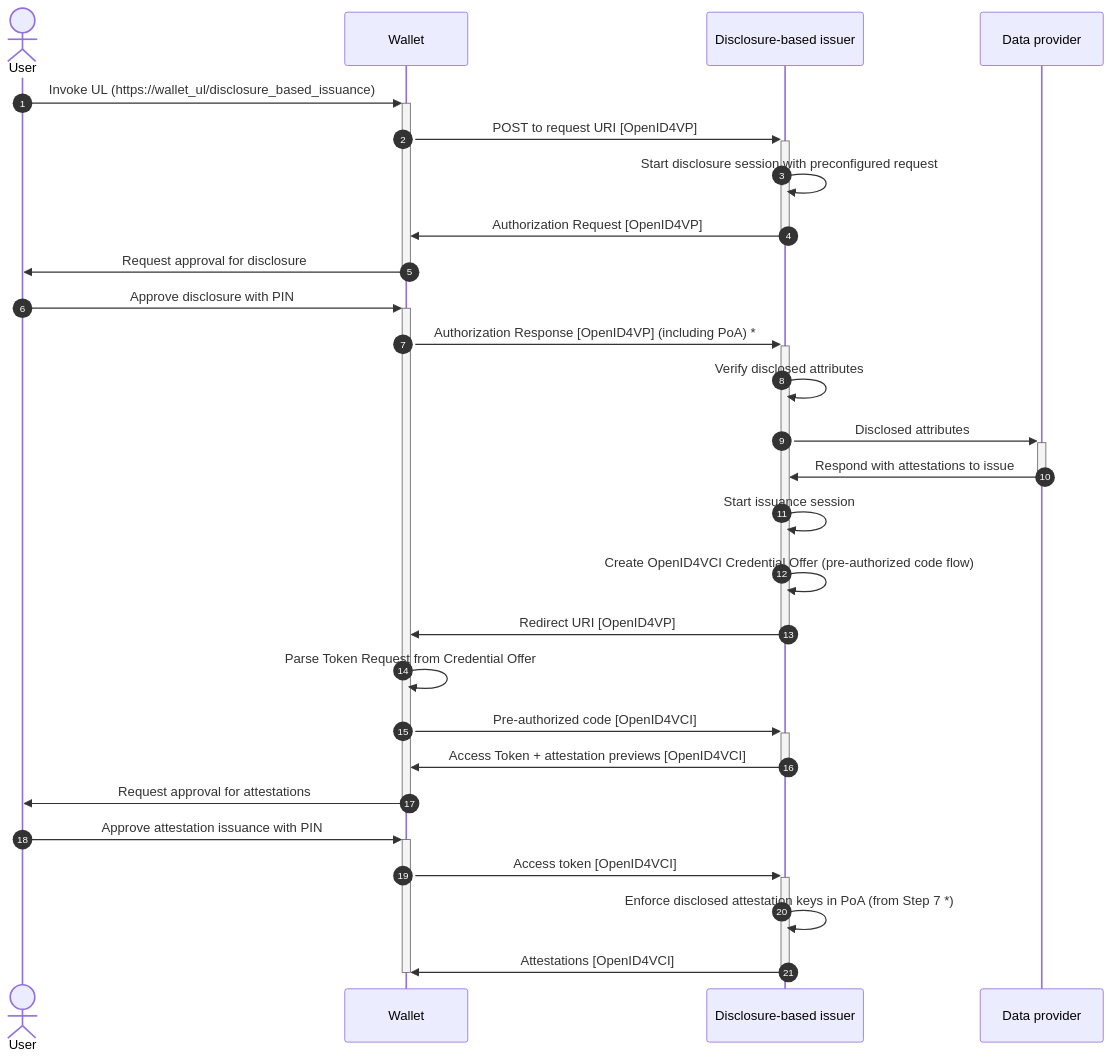
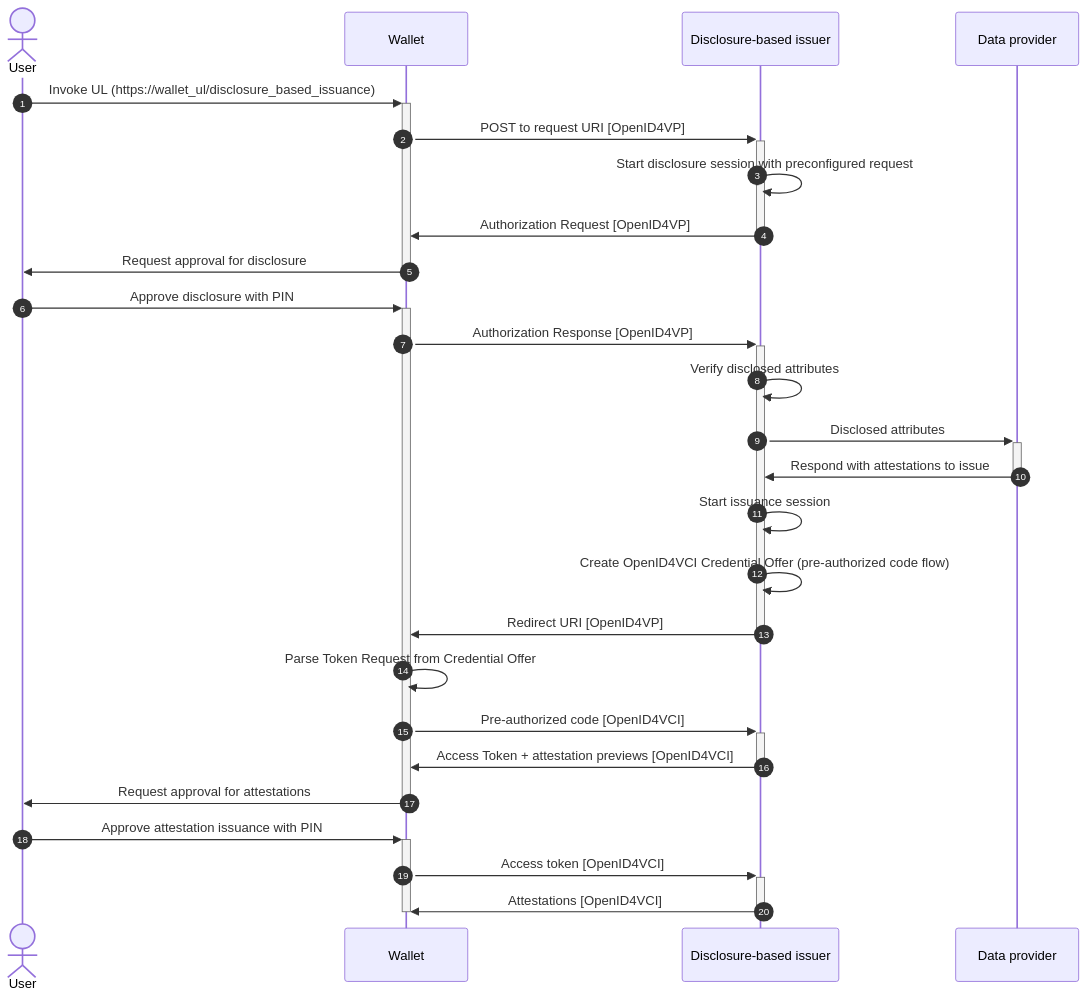
One commit to MinBZK/nl-wallet changed the diagram in wallet_docs/architecture/use-cases/disclosure-based-issuance.md. Above: the diagram before and after it, drawn with Mermaid. The commit also changed other lines of this file and 59 other files, not shown here.

````diff
--- a/wallet_docs/architecture/use-cases/disclosure-based-issuance.md
+++ b/wallet_docs/architecture/use-cases/disclosure-based-issuance.md
@@ -141,36 +131,35 @@
 ```{mermaid}
 sequenceDiagram
     autonumber
     actor User
     participant App as Wallet
     participant Issuer as Disclosure-based issuer
     participant IssuerDataProvider as Data provider
 
     User->>+App: Invoke UL (https://wallet_ul/disclosure_based_issuance)
     App->>+Issuer: POST to request URI [OpenID4VP]
     Issuer->>Issuer: Start disclosure session with preconfigured request
     Issuer->>-App: Authorization Request [OpenID4VP]
 
     App ->>-User: Request approval for disclosure
     User->>+ App: Approve disclosure with PIN
 
-    App->>+Issuer: Authorization Response [OpenID4VP] (including PoA) *
+    App->>+Issuer: Authorization Response [OpenID4VP]
     Issuer->>Issuer: Verify disclosed attributes
     Issuer->>+IssuerDataProvider: Disclosed attributes
     IssuerDataProvider->>-Issuer: Respond with attestations to issue
     Issuer->>Issuer: Start issuance session
     Issuer->>Issuer: Create OpenID4VCI Credential Offer (pre-authorized code flow)
     Issuer->>-App: Redirect URI [OpenID4VP]
 
     App->>App: Parse Token Request from Credential Offer
     App->>+Issuer: Pre-authorized code [OpenID4VCI]
     Issuer->>-App: Access Token + attestation previews [OpenID4VCI]
 
     App->>-User: Request approval for attestations
     User->>+App: Approve attestation issuance with PIN
 
     App->>+Issuer: Access token [OpenID4VCI]
-    Issuer->>Issuer: Enforce disclosed attestation keys in PoA (from Step 7 *)
     Issuer->>-App: Attestations [OpenID4VCI]
     deactivate App
 ```
````
